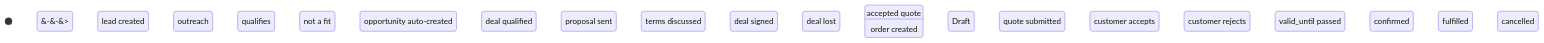
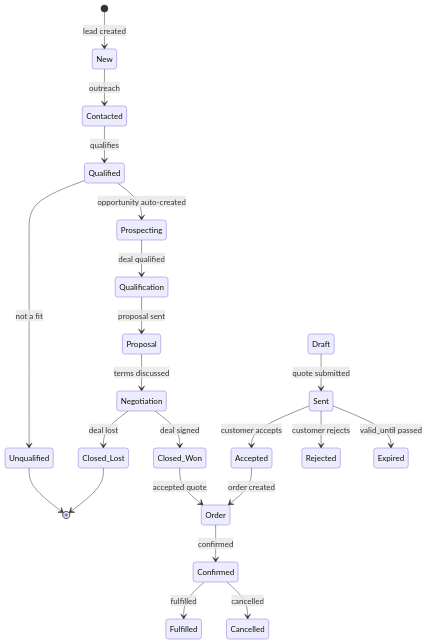
The first of 4 diagrams in docs/modules/sales-crm/sales-crm-guide.md (eltonaguiar/ServiceNow_Learning_TSOM-_CSM_FSM_SalesCRM_HAM_ITSM), drawn with Mermaid before and after one commit. The commit also changed other lines of this file and 17 other files, not shown here.

First line of the commit message:
Revert mermaid arrows back to raw -->

````diff
--- a/docs/modules/sales-crm/sales-crm-guide.md
+++ b/docs/modules/sales-crm/sales-crm-guide.md
@@ -440,26 +440,26 @@
 ```mermaid
 stateDiagram-v2
-    [*] &#45;&#45;&#62; New : lead created
-    New &#45;&#45;&#62; Contacted : outreach
-    Contacted &#45;&#45;&#62; Qualified : qualifies
-    Qualified &#45;&#45;&#62; Unqualified : not a fit
-    Qualified &#45;&#45;&#62; Prospecting : opportunity auto-created
-    Unqualified &#45;&#45;&#62; [*]
+    [*] --> New : lead created
+    New --> Contacted : outreach
+    Contacted --> Qualified : qualifies
+    Qualified --> Unqualified : not a fit
+    Qualified --> Prospecting : opportunity auto-created
+    Unqualified --> [*]
 
-    Prospecting &#45;&#45;&#62; Qualification : deal qualified
-    Qualification &#45;&#45;&#62; Proposal : proposal sent
-    Proposal &#45;&#45;&#62; Negotiation : terms discussed
-    Negotiation &#45;&#45;&#62; Closed_Won : deal signed
-    Negotiation &#45;&#45;&#62; Closed_Lost : deal lost
-    Closed_Won &#45;&#45;&#62; Order : accepted quote
-    Closed_Lost &#45;&#45;&#62; [*]
+    Prospecting --> Qualification : deal qualified
+    Qualification --> Proposal : proposal sent
+    Proposal --> Negotiation : terms discussed
+    Negotiation --> Closed_Won : deal signed
+    Negotiation --> Closed_Lost : deal lost
+    Closed_Won --> Order : accepted quote
+    Closed_Lost --> [*]
 
-    Draft &#45;&#45;&#62; Sent : quote submitted
-    Sent &#45;&#45;&#62; Accepted : customer accepts
-    Sent &#45;&#45;&#62; Rejected : customer rejects
-    Sent &#45;&#45;&#62; Expired : valid_until passed
-    Accepted &#45;&#45;&#62; Order : order created
-    Order &#45;&#45;&#62; Confirmed : confirmed
-    Confirmed &#45;&#45;&#62; Fulfilled : fulfilled
-    Confirmed &#45;&#45;&#62; Cancelled : cancelled
+    Draft --> Sent : quote submitted
+    Sent --> Accepted : customer accepts
+    Sent --> Rejected : customer rejects
+    Sent --> Expired : valid_until passed
+    Accepted --> Order : order created
+    Order --> Confirmed : confirmed
+    Confirmed --> Fulfilled : fulfilled
+    Confirmed --> Cancelled : cancelled
 ```
````
